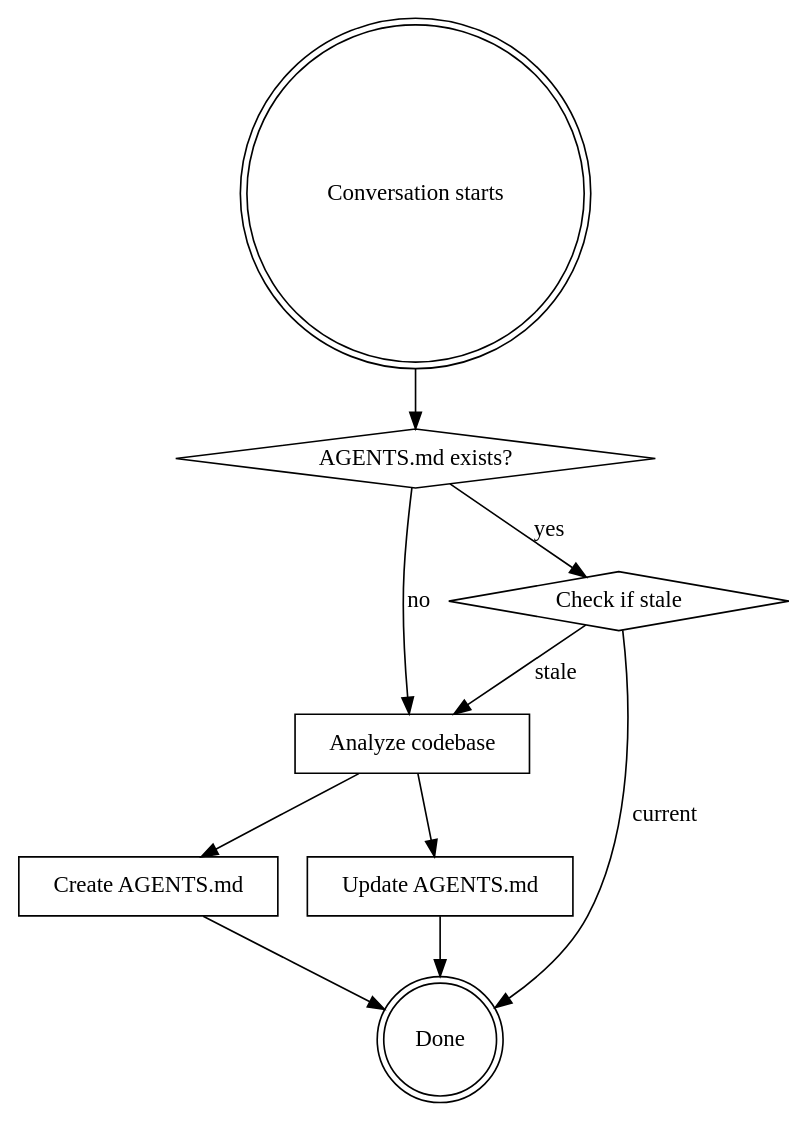
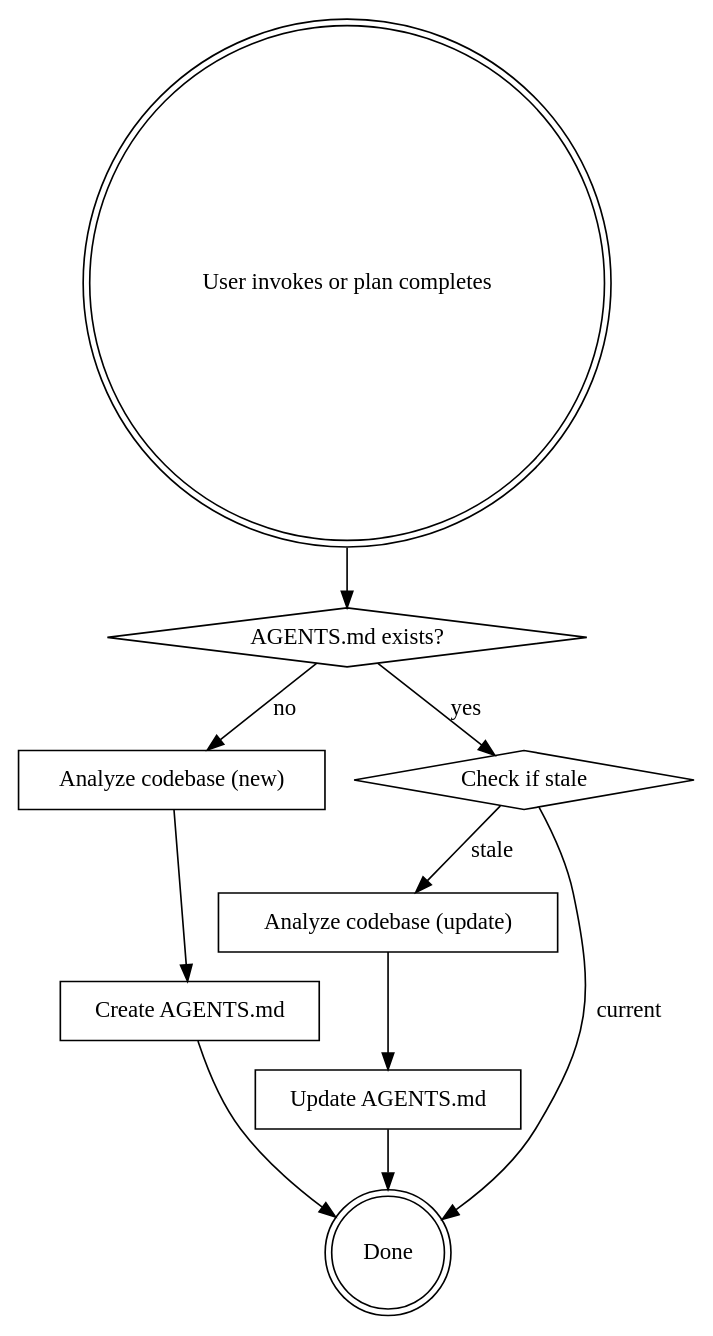
Before and after one commit to NecturaLabs/AgentSkills: the diagram in skills/agents-md-manager/SKILL.md, drawn with Graphviz. The commit also changed other lines of this file and 8 other files, not shown here.

````diff
--- a/skills/agents-md-manager/SKILL.md
+++ b/skills/agents-md-manager/SKILL.md
@@ -14,21 +19,22 @@
 ```dot
 digraph manager {
-    "Conversation starts" [shape=doublecircle];
+    "User invokes or plan completes" [shape=doublecircle];
     "AGENTS.md exists?" [shape=diamond];
-    "Analyze codebase" [shape=box];
+    "Analyze codebase (new)" [shape=box];
     "Create AGENTS.md" [shape=box];
     "Check if stale" [shape=diamond];
+    "Analyze codebase (update)" [shape=box];
     "Update AGENTS.md" [shape=box];
     "Done" [shape=doublecircle];
 
-    "Conversation starts" -> "AGENTS.md exists?";
-    "AGENTS.md exists?" -> "Analyze codebase" [label="no"];
+    "User invokes or plan completes" -> "AGENTS.md exists?";
+    "AGENTS.md exists?" -> "Analyze codebase (new)" [label="no"];
     "AGENTS.md exists?" -> "Check if stale" [label="yes"];
-    "Analyze codebase" -> "Create AGENTS.md";
+    "Analyze codebase (new)" -> "Create AGENTS.md";
     "Create AGENTS.md" -> "Done";
     "Check if stale" -> "Done" [label="current"];
-    "Check if stale" -> "Analyze codebase" [label="stale"];
-    "Analyze codebase" -> "Update AGENTS.md";
+    "Check if stale" -> "Analyze codebase (update)" [label="stale"];
+    "Analyze codebase (update)" -> "Update AGENTS.md";
     "Update AGENTS.md" -> "Done";
 }
 ```
````
